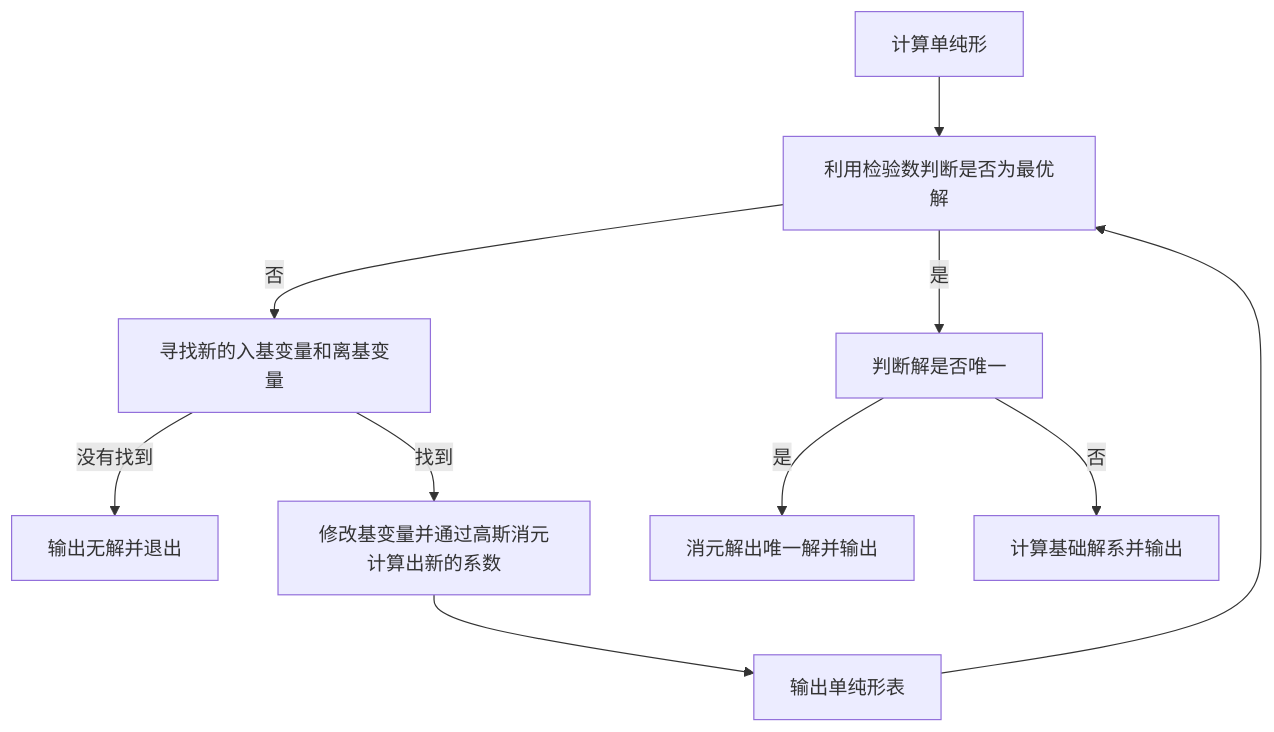
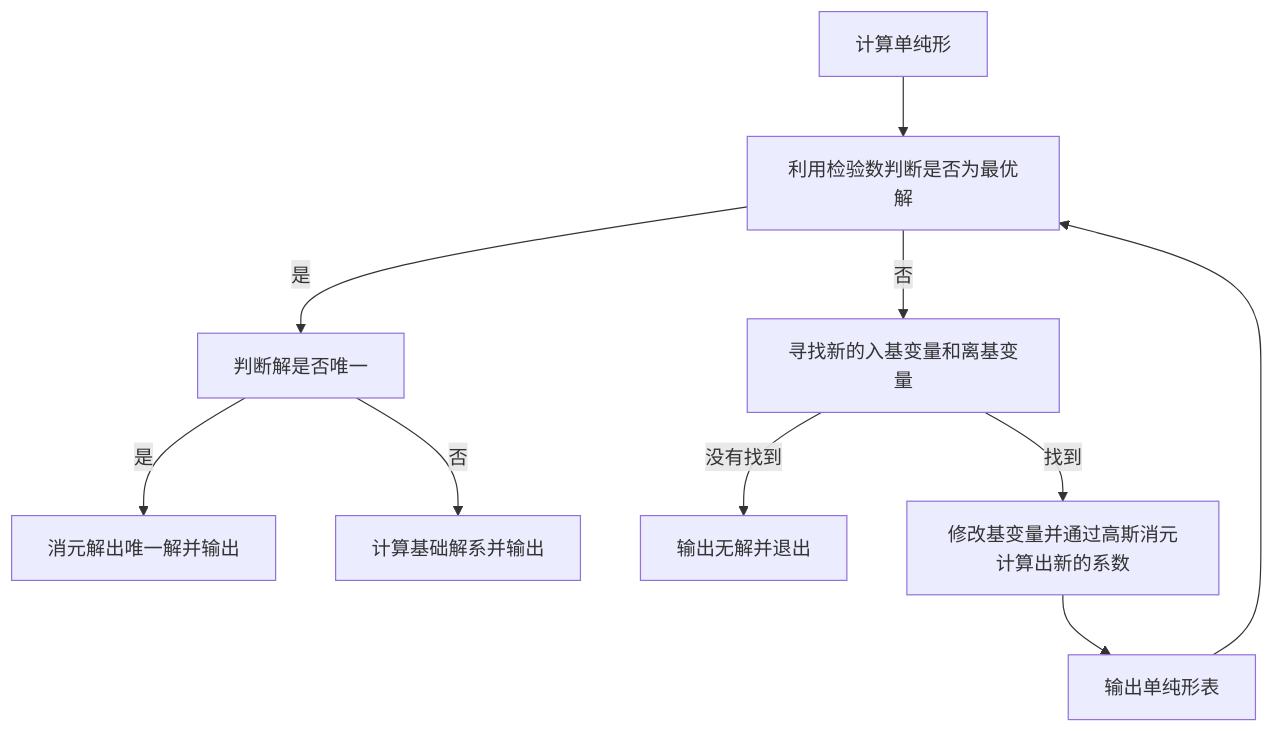
One commit to SxyLimit/Simplex changed the second of 2 diagrams in README.md. Above: the diagram before and after it, drawn with Mermaid. The commit also changed other lines of this file, not shown here.

````diff
--- a/README.md
+++ b/README.md
@@ -16,12 +16,12 @@
 ```mermaid
 graph TD
 	A[计算单纯形] --> B[利用检验数判断是否为最优解]
+	B -- 是 --> F[判断解是否唯一]
+	F -- 是 --> G[消元解出唯一解并输出]
+	F -- 否 --> H[计算基础解系并输出]
 	B -- 否 --> C[寻找新的入基变量和离基变量]
 	C -- 没有找到 --> D[输出无解并退出]
 	C -- 找到 --> E[修改基变量并通过高斯消元计算出新的系数]
 	E --> I[输出单纯形表]
 	I --> B
-	B -- 是 --> F[判断解是否唯一]
-	F -- 是 --> G[消元解出唯一解并输出]
-	F -- 否 --> H[计算基础解系并输出]
 ```
````
